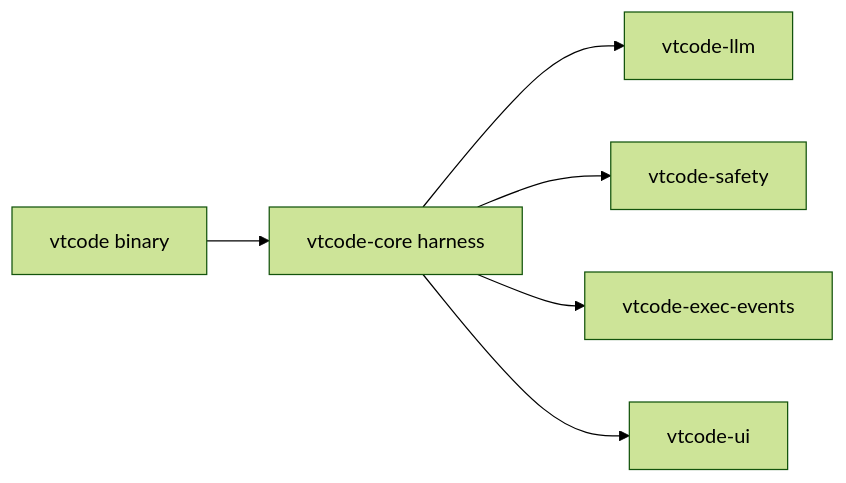
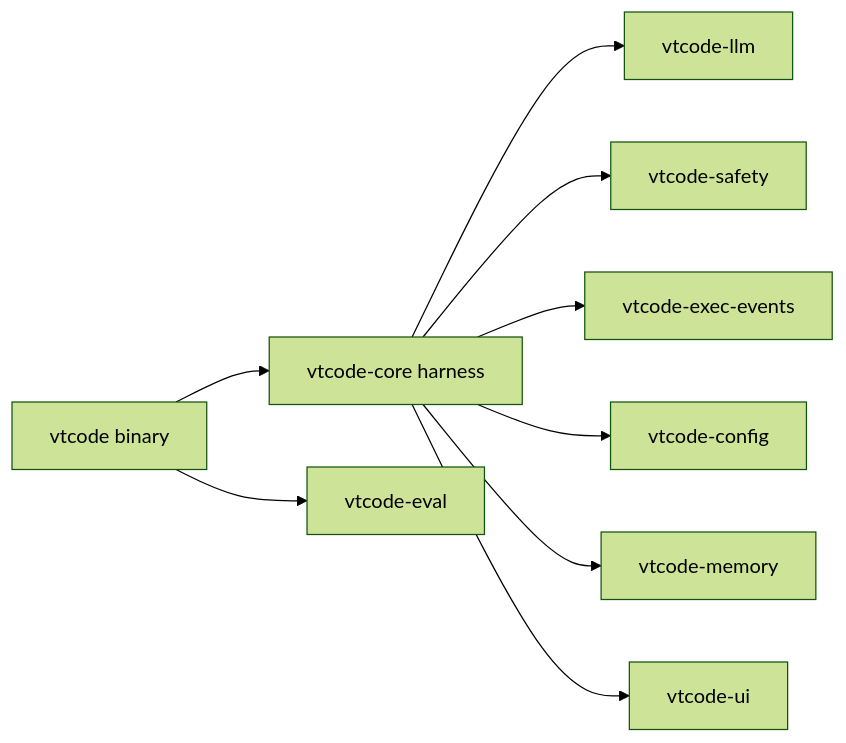
The second of 2 diagrams in README.md (Ditto190/VTCode-modme), drawn with Mermaid (forest theme) before and after one commit. The commit also changed other lines of this file, not shown here.

Commit message:
docs(readme): add missing subcommands and refine architecture graph

````diff
--- a/README.md
+++ b/README.md
@@ -299,8 +301,11 @@
 ```mermaid
 graph LR
     BIN[vtcode binary] --> CORE[vtcode-core harness]
+    BIN --> EVAL[vtcode-eval]
     CORE --> LLM[vtcode-llm]
     CORE --> SAFETY[vtcode-safety]
     CORE --> EVENTS[vtcode-exec-events]
+    CORE --> CONFIG[vtcode-config]
+    CORE --> MEMORY[vtcode-memory]
     CORE --> UI[vtcode-ui]
 ```
````
